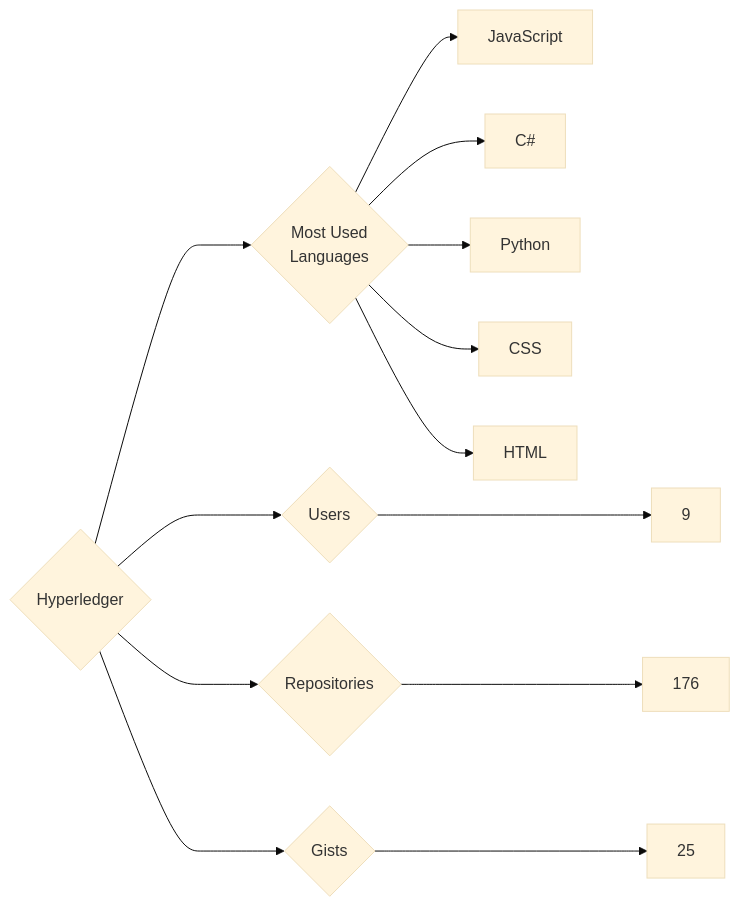
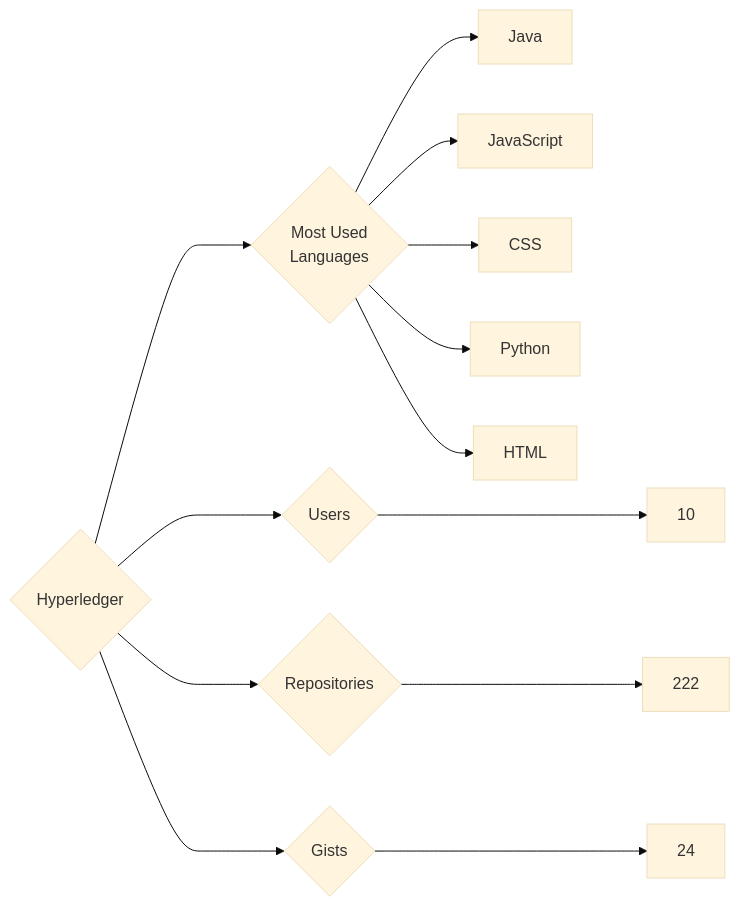
Before and after one commit to trickest/insiders: the diagram in targets/Hyperledger/README.md, drawn with Mermaid (base theme). The commit also changed 1170 other files, not shown here.

````diff
--- a/targets/Hyperledger/README.md
+++ b/targets/Hyperledger/README.md
@@ -3,13 +3,13 @@
 ```mermaid
 graph LR
 COMPANY_NAME{Hyperledger}
-COMPANY_NAME ---> U{Users} ---> UN[9]
-COMPANY_NAME ---> R{Repositories} ---> RN[176]
-COMPANY_NAME ---> G{Gists} ---> GN[25]
+COMPANY_NAME ---> U{Users} ---> UN[10]
+COMPANY_NAME ---> R{Repositories} ---> RN[222]
+COMPANY_NAME ---> G{Gists} ---> GN[24]
 COMPANY_NAME ---> ML{Most Used<br>Languages}
+ML --> Java[Java]
 ML --> JavaScript[JavaScript]
-ML --> C#[C#]
+ML --> CSS[CSS]
 ML --> Python[Python]
-ML --> CSS[CSS]
 ML --> HTML[HTML]
 ```
````
